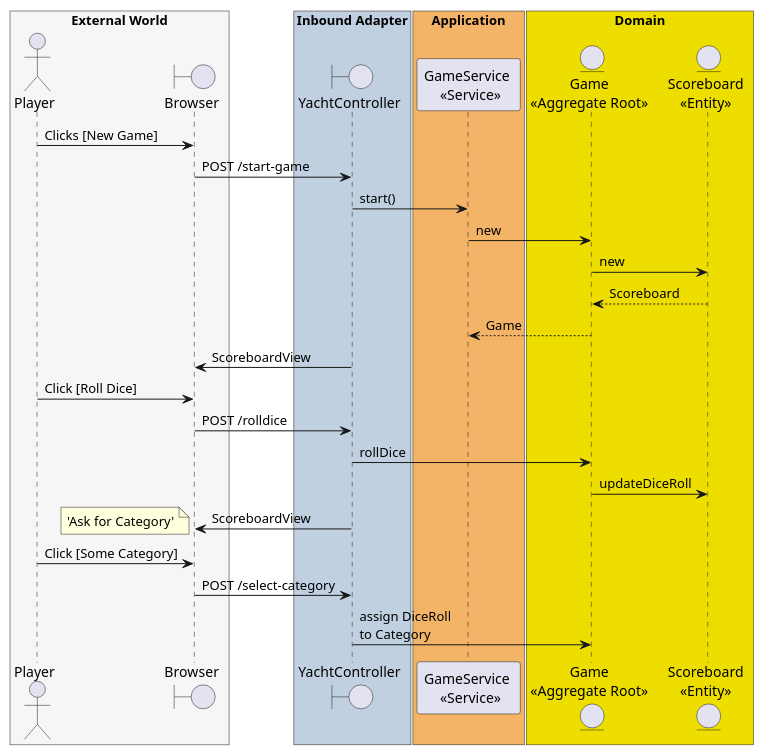
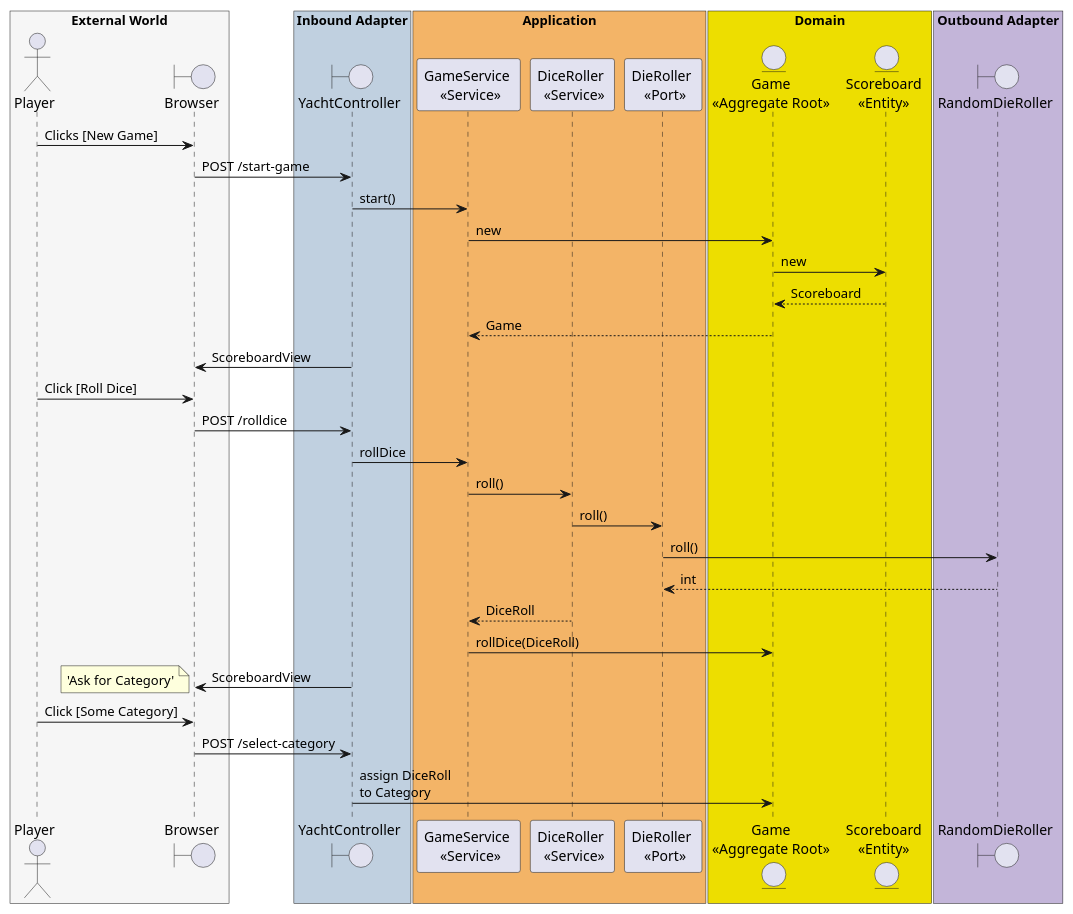
Before and after one commit to jitterted/yacht-tdd: the diagram in GameFlow.plantuml, drawn with PlantUML. The commit also changed 22 other files, not shown here.

Commit message:
R: Game no longer references RandomDieRoller directly.

```diff
--- a/GameFlow.plantuml
+++ b/GameFlow.plantuml
@@ -1,39 +1,50 @@
 @startuml
 
 box "External World" #f6f6f6
     actor Player as player
     boundary Browser as browser
 end box
 
 box "Inbound Adapter" #c0d0e0
     boundary YachtController as controller
 end box
 
 box "Application" #F3B467
-    participant "GameService \n <<Service>>" as service
+    participant "GameService \n <<Service>>" as gameService
+    participant "DiceRoller \n <<Service>>" as diceRoller
+    participant "DieRoller \n <<Port>>" as dieRoller
 end box
 
 box "Domain" #EDDE00
     entity "Game\n<<Aggregate Root>>" as game
     entity "Scoreboard\n<<Entity>>" as scoreboard
 end box
 
+box "Outbound Adapter" #C3B5D9
+    boundary "RandomDieRoller" as random
+end box
+
 player -> browser: Clicks [New Game]
 browser -> controller: POST /start-game
-controller -> service : start()
-service -> game : new
+controller -> gameService : start()
+gameService -> game : new
 game -> scoreboard: new
 game <-- scoreboard : Scoreboard
-game --> service : Game
+game --> gameService : Game
 controller -> browser: ScoreboardView
 player -> browser: Click [Roll Dice]
 browser -> controller: POST /rolldice
-controller -> game: rollDice
-game -> scoreboard: updateDiceRoll
+controller -> gameService: rollDice
+gameService -> diceRoller : roll()
+diceRoller -> dieRoller : roll()
+dieRoller -> random : roll()
+dieRoller <-- random : int
+diceRoller --> gameService : DiceRoll
+gameService -> game : rollDice(DiceRoll)
 controller -> browser: ScoreboardView
 note left: 'Ask for Category'
 player -> browser: Click [Some Category]
 browser -> controller: POST /select-category
 controller -> game: assign DiceRoll\nto Category
 
 @enduml
```
